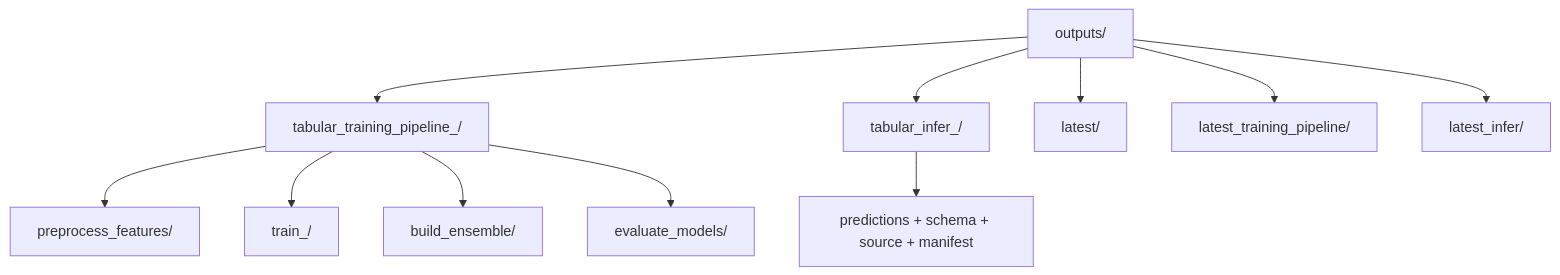
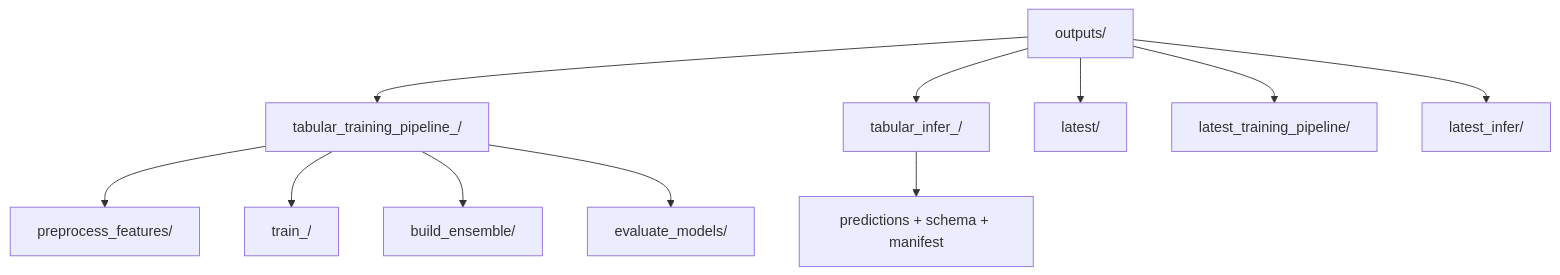
One commit to dkawa2523/ml_platform changed the eighth of 9 diagrams in Reviewwer.md. Above: the diagram before and after it, drawn with Mermaid. The commit also changed other lines of this file and 128 other files, not shown here.

Commit message:
refactor: simplify platform architecture

````diff
--- a/Reviewwer.md
+++ b/Reviewwer.md
@@ -376,14 +384,14 @@
 ```mermaid
 flowchart TB
   Outputs["outputs/"]
   Outputs --> TrainRun["tabular_training_pipeline_<timestamp>/"]
   Outputs --> InferRun["tabular_infer_<timestamp>/"]
   Outputs --> Latest["latest/"]
   Outputs --> LatestTrain["latest_training_pipeline/"]
   Outputs --> LatestInfer["latest_infer/"]
   TrainRun --> PreDir["preprocess_features/"]
   TrainRun --> TrainDirs["train_<model>/"]
   TrainRun --> EnsembleDir["build_ensemble/"]
   TrainRun --> EvalDir["evaluate_models/"]
-  InferRun --> InferFiles["predictions + schema + source + manifest"]
+  InferRun --> InferFiles["predictions + schema + manifest"]
 ```
````
